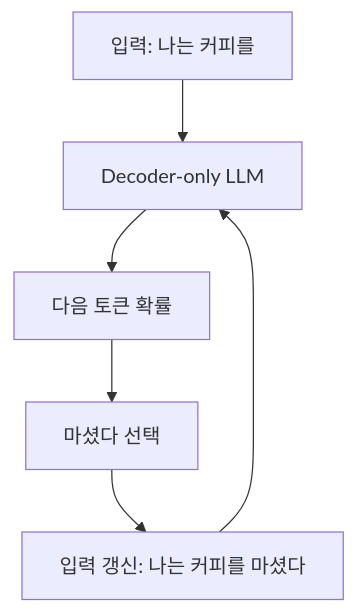
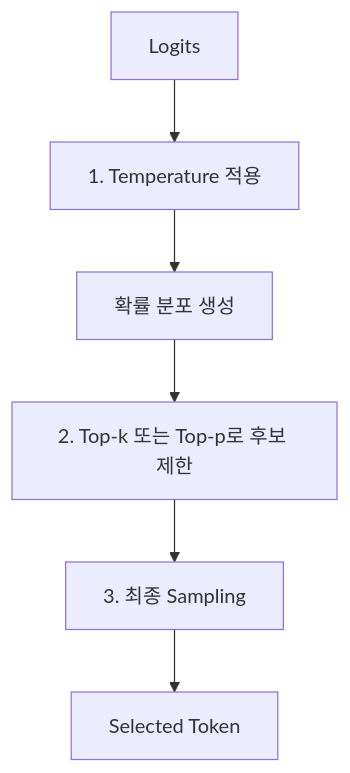
The third of 4 diagrams in src/content/blog/2026-07-02-llm-encoder-only와-decoder-only-구조-이해하기.md (jwsung91/jwsung91.github.io), drawn with Mermaid before and after one commit. The commit also changed other lines of this file, not shown here.

Commit message:
Update Blog “2026-07-02-llm-encoder-only와-decoder-only-구조-이해하기”

````diff
--- a/src/content/blog/2026-07-02-llm-encoder-only와-decoder-only-구조-이해하기.md
+++ b/src/content/blog/2026-07-02-llm-encoder-only와-decoder-only-구조-이해하기.md
@@ -264,8 +273,9 @@
 ```mermaid
 flowchart TD
-    A[입력: 나는 커피를] --> B[Decoder-only LLM]
-    B --> C[다음 토큰 확률]
-    C --> D[마셨다 선택]
-    D --> E[입력 갱신: 나는 커피를 마셨다]
-    E --> B
+    A[Logits] --> B[1. Temperature 적용]
+    B --> C[확률 분포 생성]
+    C --> D[2. Top-k 또는 Top-p로 후보 제한]
+    D --> E[3. 최종 Sampling]
+    E --> F[Selected Token]
+
 ```
````
